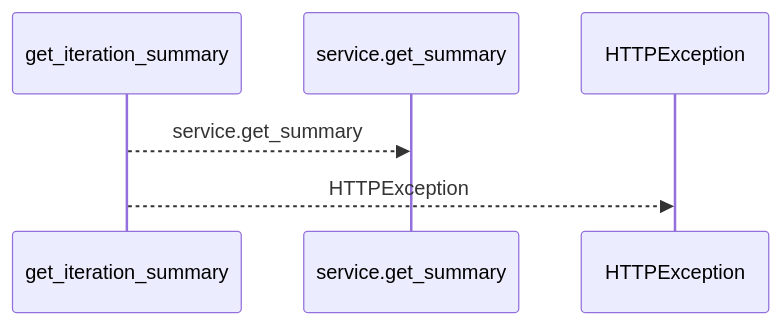
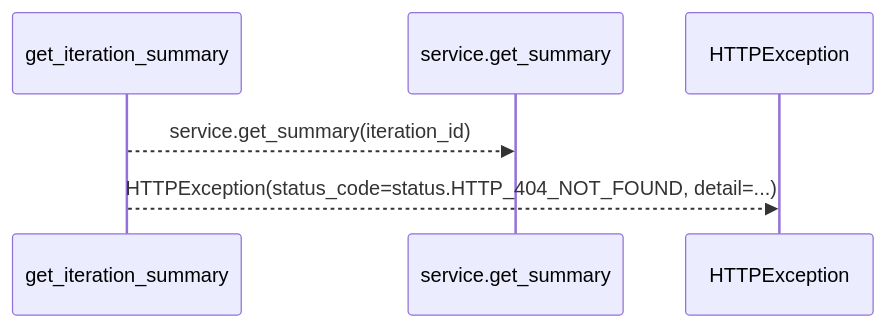
One commit to Denissvgn/WorkChord changed the first of 2 diagrams in docs/llm_wiki/flows/http-get_iteration_summary.md. Above: the diagram before and after it, drawn with Mermaid. The commit also changed other lines of this file and 25171 other files, not shown here.

````diff
--- a/docs/llm_wiki/flows/http-get_iteration_summary.md
+++ b/docs/llm_wiki/flows/http-get_iteration_summary.md
@@ -10,8 +12,8 @@
 ```mermaid
 sequenceDiagram
     participant p0 as get_iteration_summary
     participant p1 as service.get_summary
     participant p2 as HTTPException
-    p0-->>p1: service.get_summary
-    p0-->>p2: HTTPException
+    p0-->>p1: service.get_summary(iteration_id)
+    p0-->>p2: HTTPException(status_code=status.HTTP_404_NOT_FOUND, detail=...)
 ```
````
